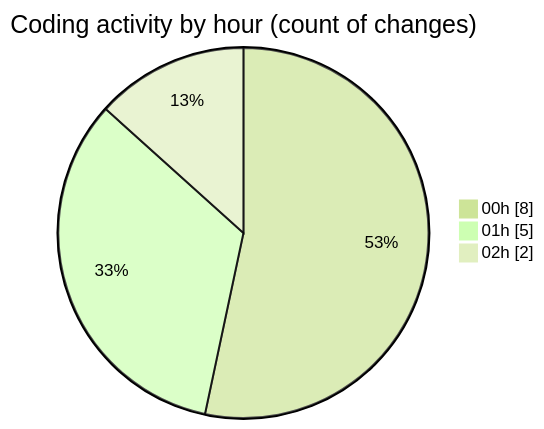
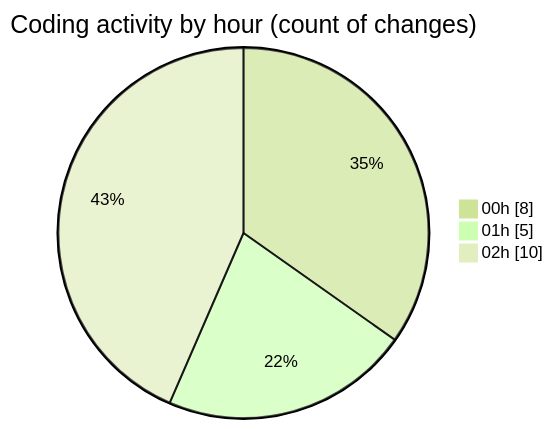
Before and after one commit to EIIisD/code-tracking: the second of 2 diagrams in 2025-07-24/fish/README.md, drawn with Mermaid (forest theme). The commit also changed other lines of this file and 1 other file, not shown here.

````diff
--- a/2025-07-24/fish/README.md
+++ b/2025-07-24/fish/README.md
@@ -34,7 +35,7 @@
 ```mermaid
 pie showData
 title Coding activity by hour (count of changes)
 "00h" : 8
 "01h" : 5
-"02h" : 2
+"02h" : 10
 ```
````
